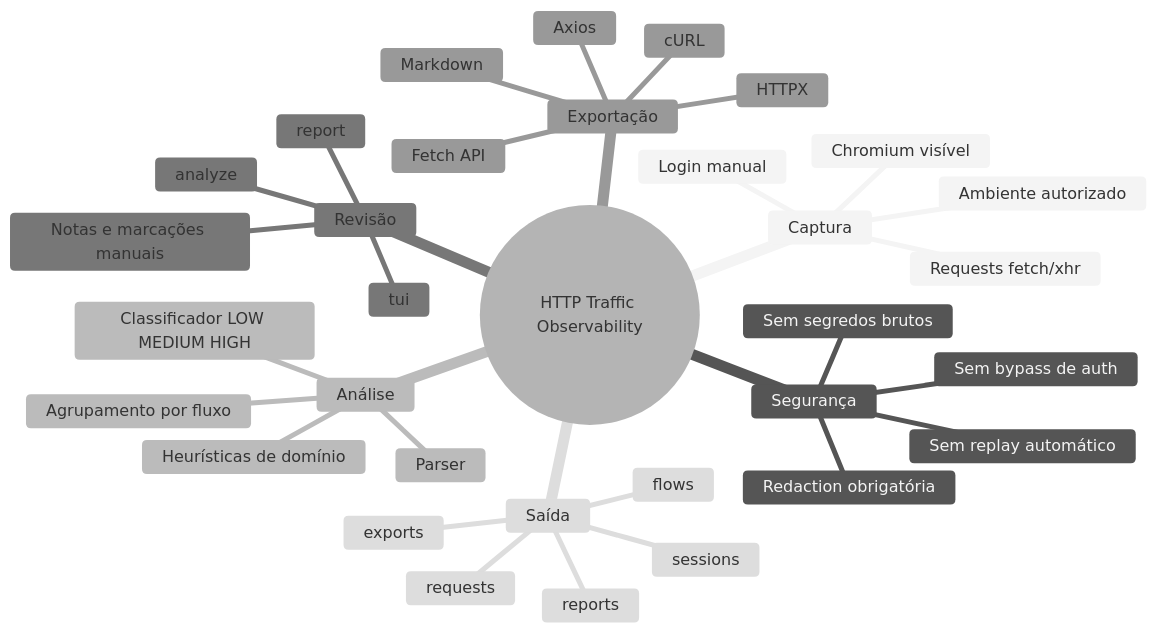
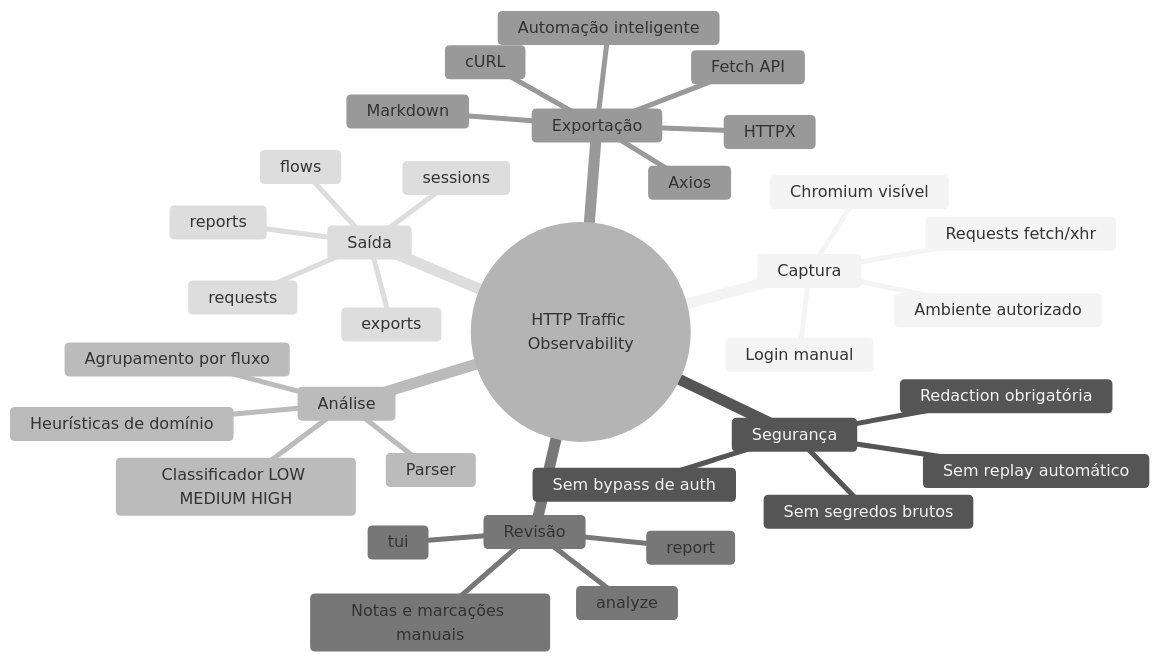
The second of 2 diagrams in README.md (Pexe171/JavaDiv), drawn with Mermaid (neutral theme) before and after one commit. The commit also changed other lines of this file and 20 other files, not shown here.

Commit message:
Implementa automação inteligente para exportação

````diff
--- a/README.md
+++ b/README.md
@@ -95,36 +95,37 @@
 ```mermaid
 mindmap
   root((HTTP Traffic Observability))
     Captura
       Chromium visível
       Login manual
       Requests fetch/xhr
       Ambiente autorizado
     Segurança
       Redaction obrigatória
       Sem segredos brutos
       Sem bypass de auth
       Sem replay automático
     Análise
       Parser
       Classificador LOW MEDIUM HIGH
       Heurísticas de domínio
       Agrupamento por fluxo
     Revisão
       analyze
       tui
       report
       Notas e marcações manuais
     Exportação
       Axios
       HTTPX
       cURL
       Fetch API
       Markdown
+      Automação inteligente
     Saída
       requests
       flows
       reports
       exports
       sessions
 ```
````
